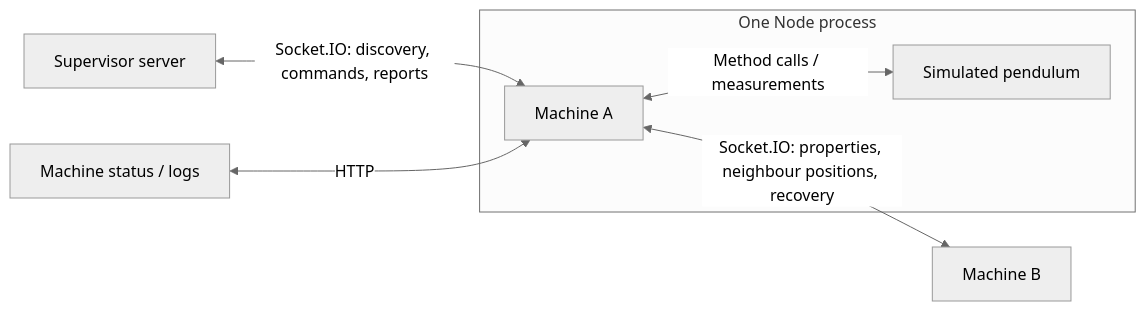
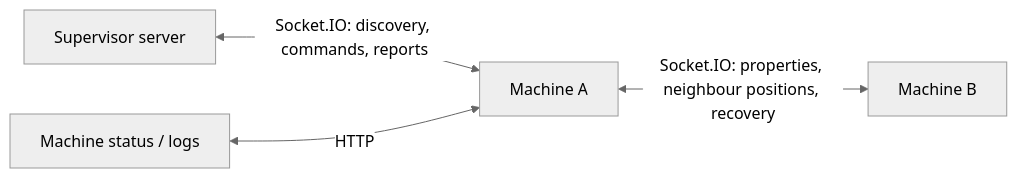
Before and after one commit to jaredsavage/vention-pendulums-code-challenge: the diagram in apps/sim-machine/README.md, drawn with Mermaid (neutral theme). The commit also changed other lines of this file and 89 other files, not shown here.

````diff
--- a/apps/sim-machine/README.md
+++ b/apps/sim-machine/README.md
@@ -7,9 +7,6 @@
 ```mermaid
 flowchart LR
-    subgraph MachineProcess["One Node process"]
-        MachineA["Machine A"] <-->|Method calls / measurements| Pendulum["Simulated pendulum"]
-    end
-    SupervisorServer["Supervisor server"] <-->|Socket.IO: discovery, commands, reports| MachineA
+    SupervisorServer["Supervisor server"] <-->|Socket.IO: discovery, commands, reports| MachineA["Machine A"]
     MachineA <-->|Socket.IO: properties, neighbour positions, recovery| MachineB["Machine B"]
     MachinePage["Machine status / logs"] <-->|HTTP| MachineA
 ```
````
